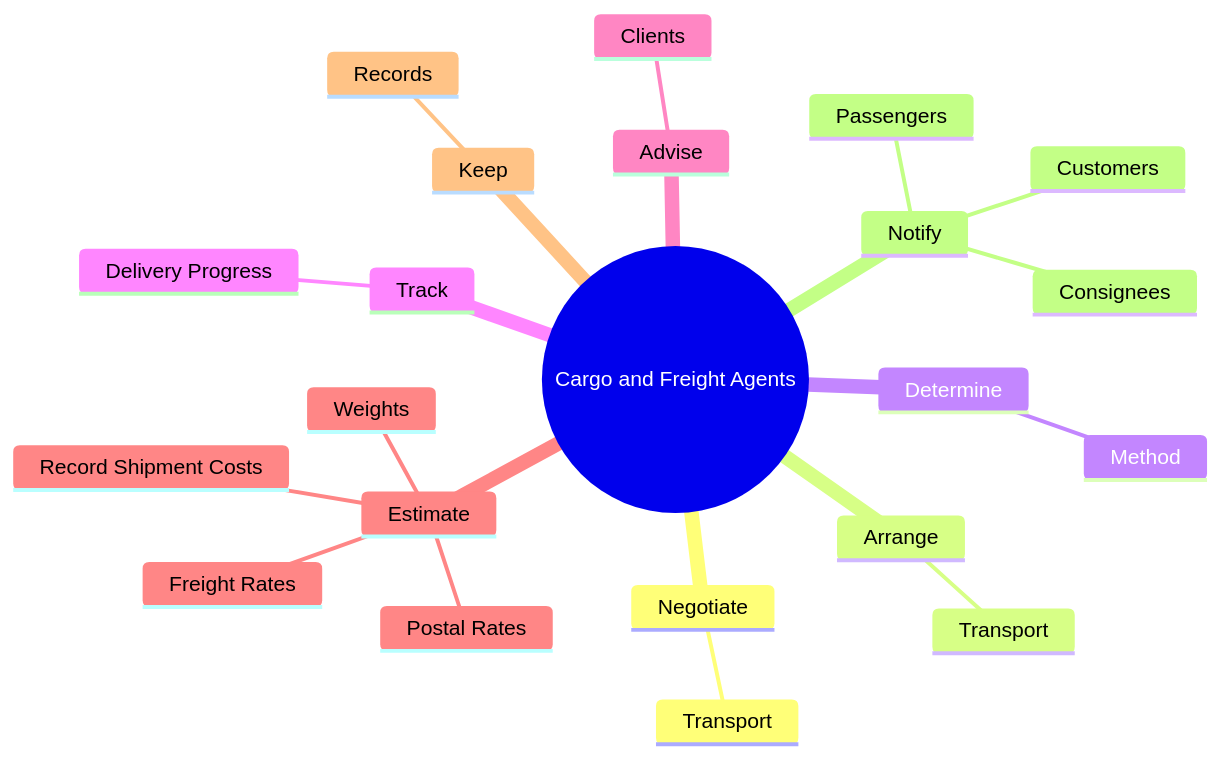
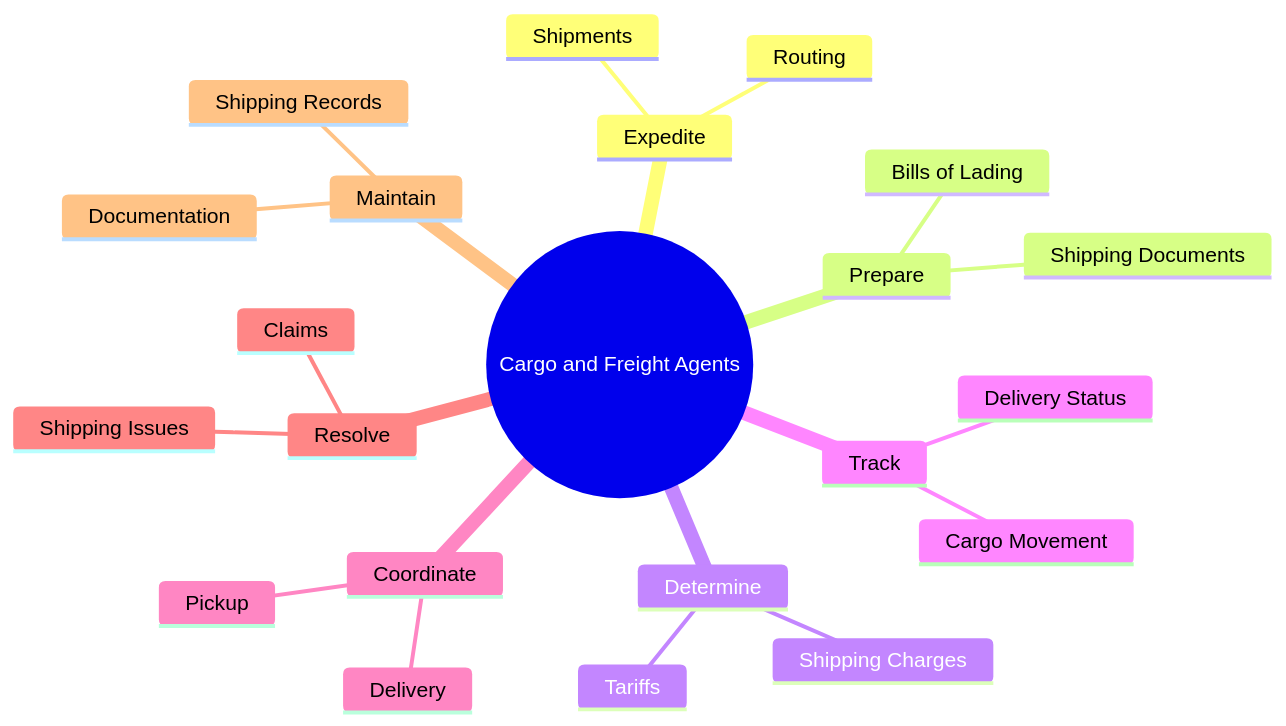
Before and after one commit to kziemski/business.org.ai: the second of 4 diagrams in occupations/Administrative/CargoAndFreightAgents.mdx, drawn with Mermaid. The commit also changed other lines of this file and 938 other files, not shown here.

````diff
--- a/occupations/Administrative/CargoAndFreightAgents.mdx
+++ b/occupations/Administrative/CargoAndFreightAgents.mdx
@@ -38,25 +45,25 @@
 ```mermaid
 mindmap
     root(("Cargo and Freight Agents"))
-        Negotiate
-            Transport
-        Arrange
-            Transport
+        Expedite
+            Shipments
+            Routing
+        Prepare
+            Bills of Lading
+            Shipping Documents
         Determine
-            Method
+            Shipping Charges
+            Tariffs
         Track
-            Delivery Progress
-        Advise
-            Clients
-        Estimate
-            Freight Rates
-            Record Shipment Costs
-            Weights
-            Postal Rates
-        Keep
-            Records
-        Notify
-            Consignees
-            Passengers
-            Customers
+            Cargo Movement
+            Delivery Status
+        Coordinate
+            Pickup
+            Delivery
+        Resolve
+            Shipping Issues
+            Claims
+        Maintain
+            Shipping Records
+            Documentation
 ```
````
